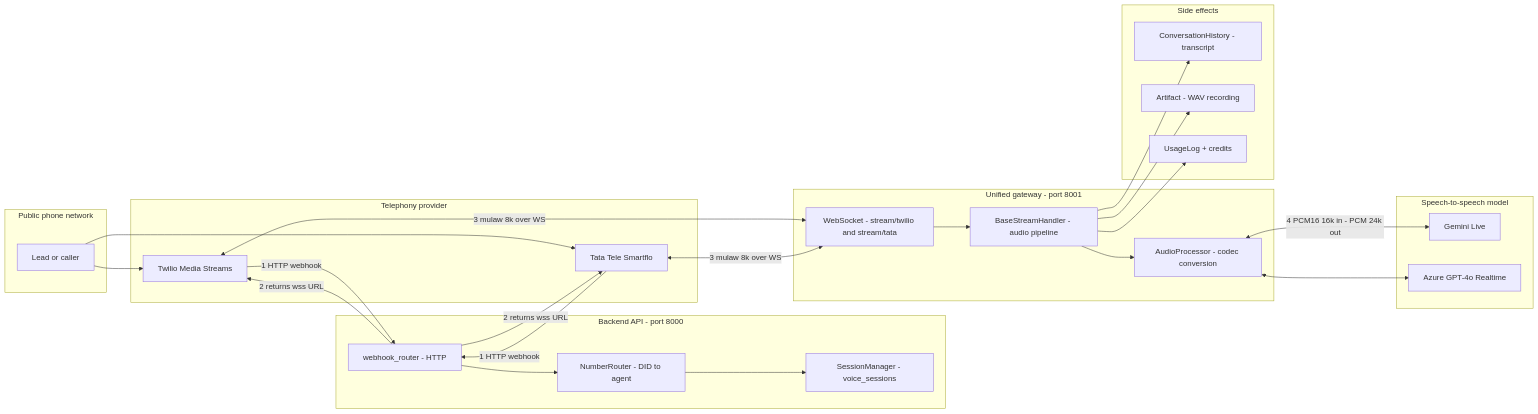
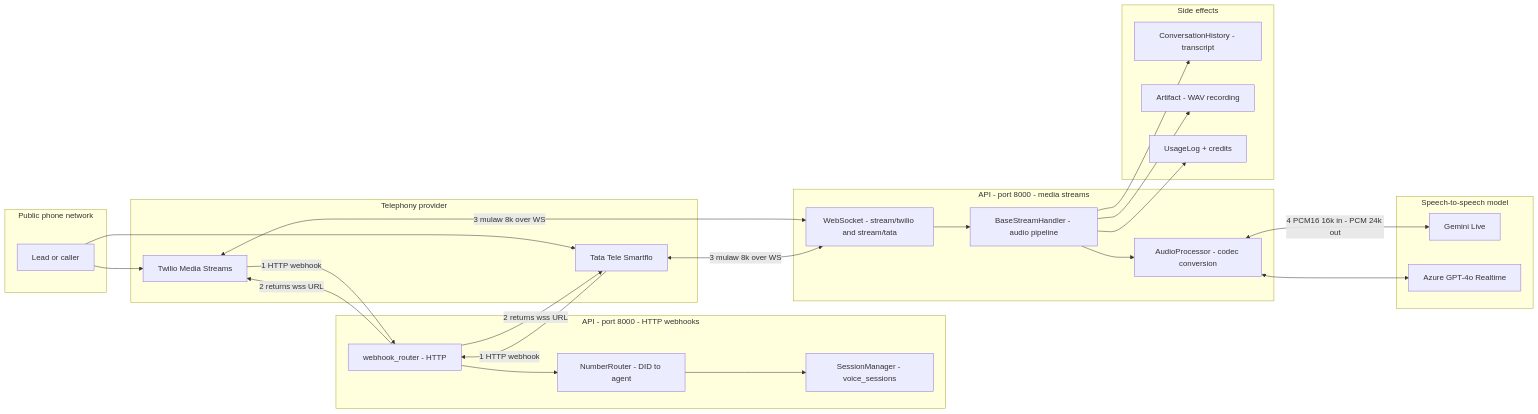
Before and after one commit to gondolerahul/hire-buddha-app: the first of 33 diagrams in docs/current/12-voice-and-telephony.md, drawn with Mermaid. The commit also changed other lines of this file and 61 other files, not shown here.

````diff
--- a/docs/current/12-voice-and-telephony.md
+++ b/docs/current/12-voice-and-telephony.md
@@ -46,45 +46,45 @@
 ```mermaid
 flowchart LR
     subgraph PSTN["Public phone network"]
         L["Lead or caller"]
     end
     subgraph Prov["Telephony provider"]
         TW["Twilio Media Streams"]
         TT["Tata Tele Smartflo"]
     end
-    subgraph BE["Backend API - port 8000"]
+    subgraph BE["API - port 8000 - HTTP webhooks"]
         WH["webhook_router - HTTP"]
         NR["NumberRouter - DID to agent"]
         SM["SessionManager - voice_sessions"]
     end
-    subgraph GW["Unified gateway - port 8001"]
+    subgraph GW["API - port 8000 - media streams"]
         WS["WebSocket - stream/twilio and stream/tata"]
         BSH["BaseStreamHandler - audio pipeline"]
         AP["AudioProcessor - codec conversion"]
     end
     subgraph AI["Speech-to-speech model"]
         GL["Gemini Live"]
         AZ["Azure GPT-4o Realtime"]
     end
     subgraph Side["Side effects"]
         TR["ConversationHistory - transcript"]
         REC["Artifact - WAV recording"]
         US["UsageLog + credits"]
     end
 
     L --> TW
     L --> TT
     TW -->|"1 HTTP webhook"| WH
     TT -->|"1 HTTP webhook"| WH
     WH --> NR --> SM
     WH -->|"2 returns wss URL"| TW
     WH -->|"2 returns wss URL"| TT
     TW <-->|"3 mulaw 8k over WS"| WS
     TT <-->|"3 mulaw 8k over WS"| WS
     WS --> BSH --> AP
     AP <-->|"4 PCM16 16k in - PCM 24k out"| GL
     AP <--> AZ
     BSH --> TR
     BSH --> REC
     BSH --> US
 ```
````
